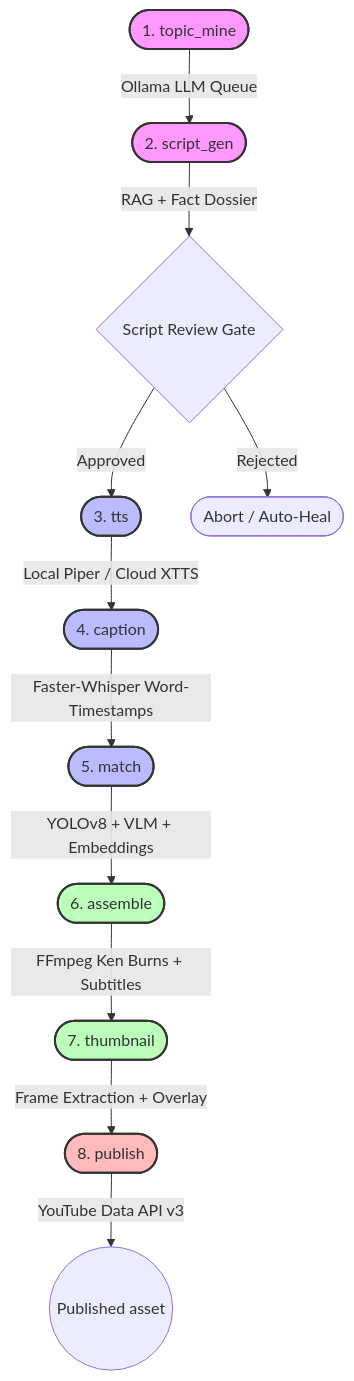
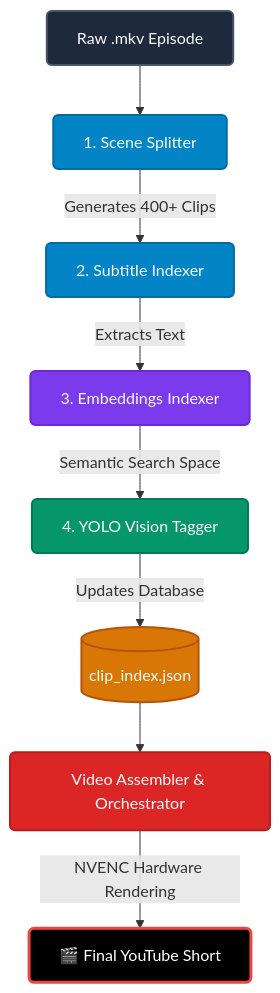
One commit to KanishkDevCode/YT_Automation_AI changed the diagram in README.md. Above: the diagram before and after it, drawn with Mermaid. The commit also changed other lines of this file, not shown here.

````diff
--- a/README.md
+++ b/README.md
@@ -40,23 +36,19 @@
 ```mermaid
-graph TD
-    classDef llm fill:#f9f,stroke:#333,stroke-width:2px;
-    classDef ml fill:#bbf,stroke:#333,stroke-width:2px;
-    classDef media fill:#bfb,stroke:#333,stroke-width:2px;
-    classDef api fill:#fbb,stroke:#333,stroke-width:2px;
+graph TD;
+    classDef raw fill:#1E293B,stroke:#475569,stroke-width:2px,color:#F8FAFC,rx:5px,ry:5px;
+    classDef process fill:#0284C7,stroke:#0369A1,stroke-width:2px,color:#F8FAFC,rx:5px,ry:5px;
+    classDef nlp fill:#7C3AED,stroke:#6D28D9,stroke-width:2px,color:#F8FAFC,rx:5px,ry:5px;
+    classDef vision fill:#059669,stroke:#047857,stroke-width:2px,color:#F8FAFC,rx:5px,ry:5px;
+    classDef db fill:#D97706,stroke:#B45309,stroke-width:2px,color:#F8FAFC,rx:15px,ry:15px;
+    classDef render fill:#DC2626,stroke:#B91C1C,stroke-width:2px,color:#F8FAFC,rx:5px,ry:5px;
+    classDef final fill:#000000,stroke:#EF4444,stroke-width:3px,color:#FFFFFF,rx:5px,ry:5px;
 
-    A([1. topic_mine]) -->|Ollama LLM Queue| B([2. script_gen])
-    B -->|RAG + Fact Dossier| C{Script Review Gate}
-    C -->|Approved| D([3. tts])
-    C -->|Rejected| X([Abort / Auto-Heal])
-    D -->|Local Piper / Cloud XTTS| E([4. caption])
-    E -->|Faster-Whisper Word-Timestamps| F([5. match])
-    F -->|YOLOv8 + VLM + Embeddings| G([6. assemble])
-    G -->|FFmpeg Ken Burns + Subtitles| H([7. thumbnail])
-    H -->|Frame Extraction + Overlay| I([8. publish])
-    I -->|YouTube Data API v3| J((Published asset))
-
-    class A,B llm;
-    class D,E,F ml;
-    class G,H media;
-    class I api;
+    A[Raw .mkv Episode]:::raw --> B[1. Scene Splitter]:::process
+    B -->|Generates 400+ Clips| C[2. Subtitle Indexer]:::process
+    C -->|Extracts Text| D[3. Embeddings Indexer]:::nlp
+    D -->|Semantic Search Space| E[4. YOLO Vision Tagger]:::vision
+    E -->|Updates Database| F[(clip_index.json)]:::db
+    
+    F --> G[Video Assembler & Orchestrator]:::render
+    G -->|NVENC Hardware Rendering| H[🎬 Final YouTube Short]:::final
 ```
````
